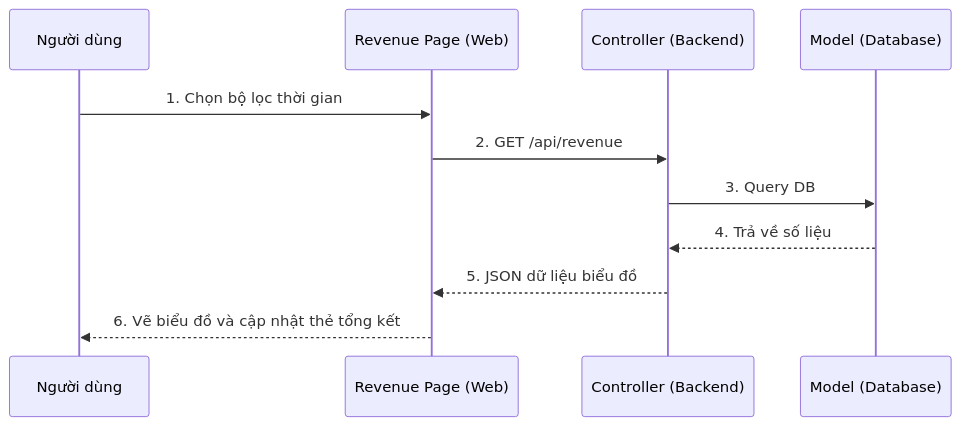
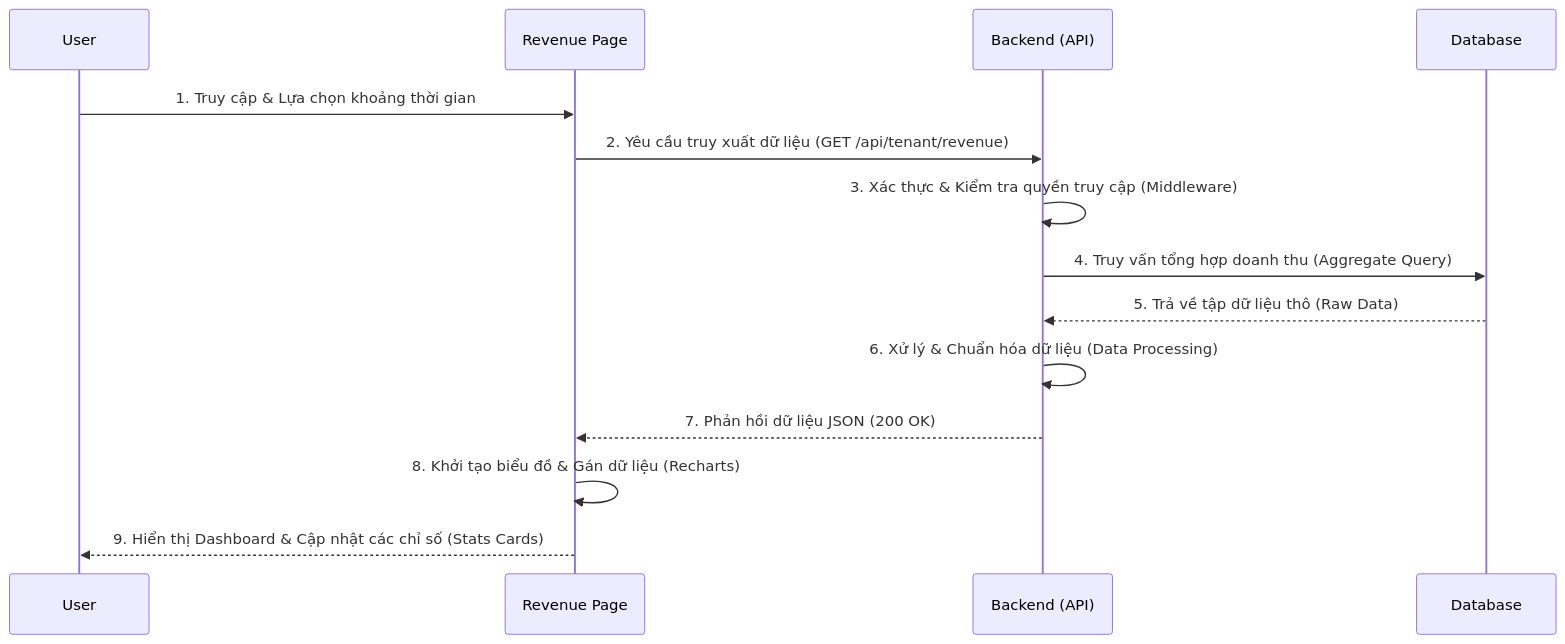
The seventh of 18 diagrams in documents/sequence-diagrams.md (ngogiaquyen/acw-srs), drawn with Mermaid before and after one commit. The commit also changed other lines of this file and 23 other files, not shown here.

````diff
--- a/documents/sequence-diagrams.md
+++ b/documents/sequence-diagrams.md
@@ -207,14 +211,20 @@
 ```mermaid
 sequenceDiagram
-    participant U as Người dùng
-    participant W as Revenue Page (Web)
-    participant B as Controller (Backend)
-    participant D as Model (Database)
+    participant U as User
+    participant W as Revenue Page
+    participant B as Backend (API)
+    participant D as Database
 
-    U->>W: 1. Chọn bộ lọc thời gian
-    W->>B: 2. GET /api/revenue
-    B->>D: 3. Query DB
-    D-->>B: 4. Trả về số liệu
-    B-->>W: 5. JSON dữ liệu biểu đồ
-    W-->>U: 6. Vẽ biểu đồ và cập nhật thẻ tổng kết
+    U->>W: 1. Truy cập & Lựa chọn khoảng thời gian
+    W->>B: 2. Yêu cầu truy xuất dữ liệu (GET /api/tenant/revenue)
+    B->>B: 3. Xác thực & Kiểm tra quyền truy cập (Middleware)
+    
+    B->>D: 4. Truy vấn tổng hợp doanh thu (Aggregate Query)
+    D-->>B: 5. Trả về tập dữ liệu thô (Raw Data)
+    
+    B->>B: 6. Xử lý & Chuẩn hóa dữ liệu (Data Processing)
+    B-->>W: 7. Phản hồi dữ liệu JSON (200 OK)
+    
+    W->>W: 8. Khởi tạo biểu đồ & Gán dữ liệu (Recharts)
+    W-->>U: 9. Hiển thị Dashboard & Cập nhật các chỉ số (Stats Cards)
 ```
````
